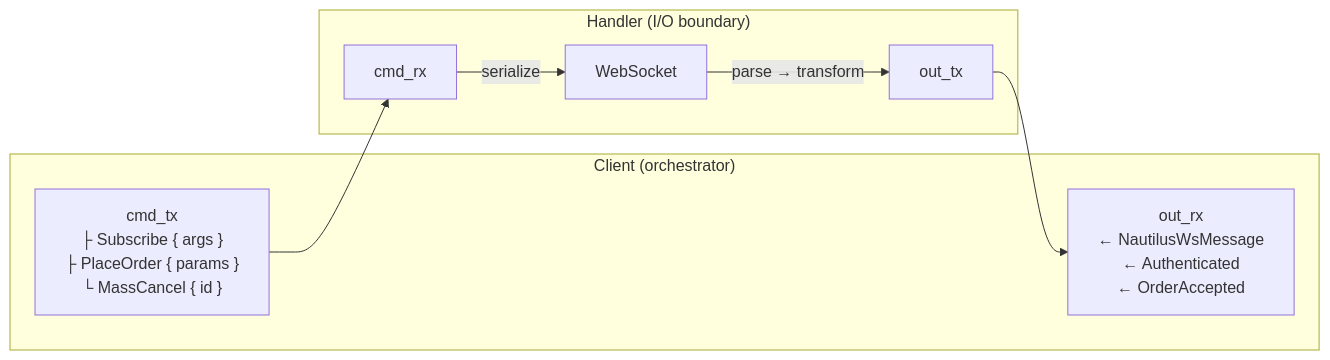
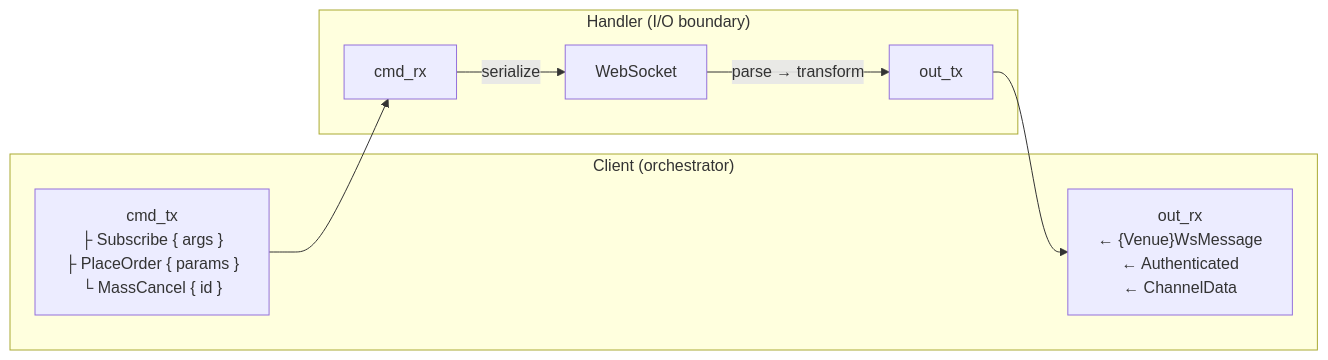
The diagram in docs/developer_guide/adapters.md (nautechsystems/nautilus_trader), drawn with Mermaid before and after one commit. The commit also changed other lines of this file, not shown here.

First line of the commit message:
Update adapter spec to match venue-type WS handler pattern

````diff
--- a/docs/developer_guide/adapters.md
+++ b/docs/developer_guide/adapters.md
@@ -713,18 +713,18 @@
 ```mermaid
 flowchart LR
     subgraph client["Client (orchestrator)"]
         cmd_tx["cmd_tx<br/>├ Subscribe { args }<br/>├ PlaceOrder { params }<br/>└ MassCancel { id }"]
-        out_rx["out_rx<br/>← NautilusWsMessage<br/>← Authenticated<br/>← OrderAccepted"]
+        out_rx["out_rx<br/>← {Venue}WsMessage<br/>← Authenticated<br/>← ChannelData"]
     end
 
     subgraph handler["Handler (I/O boundary)"]
         cmd_rx[cmd_rx]
         out_tx[out_tx]
         ws[WebSocket]
     end
 
     cmd_tx --> cmd_rx
     cmd_rx -->|"serialize"| ws
     ws -->|"parse → transform"| out_tx
     out_tx --> out_rx
 ```
````
